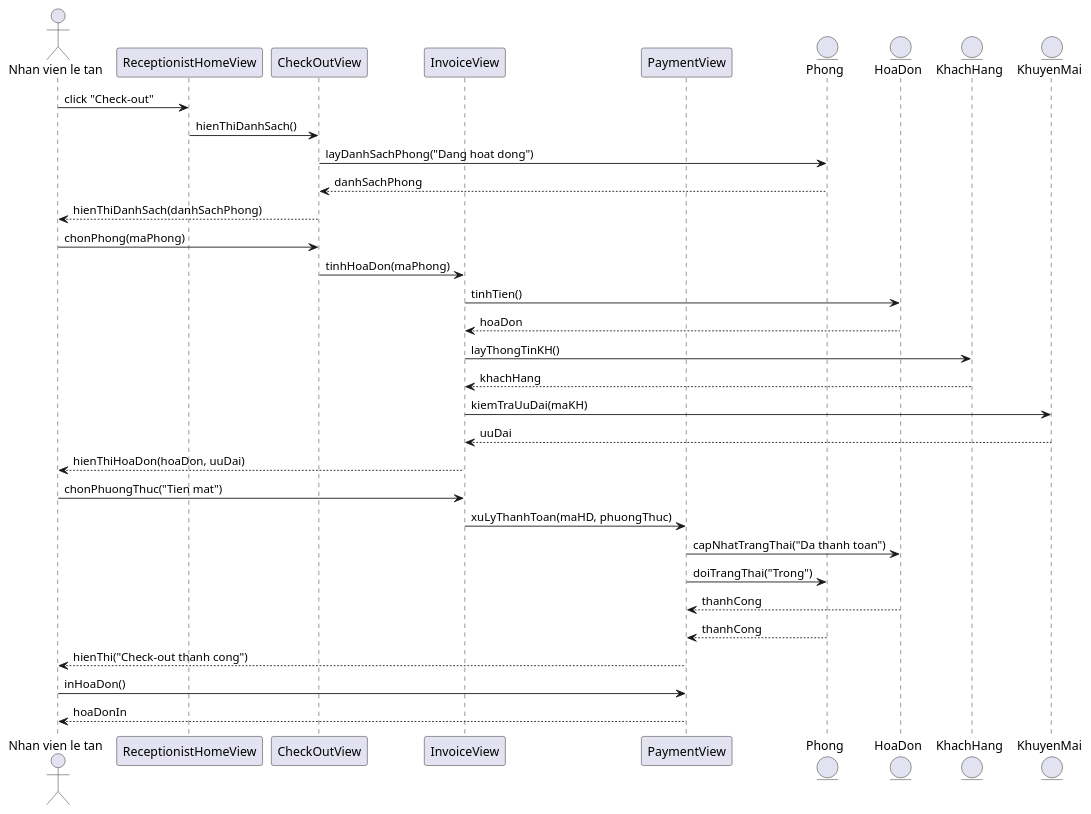
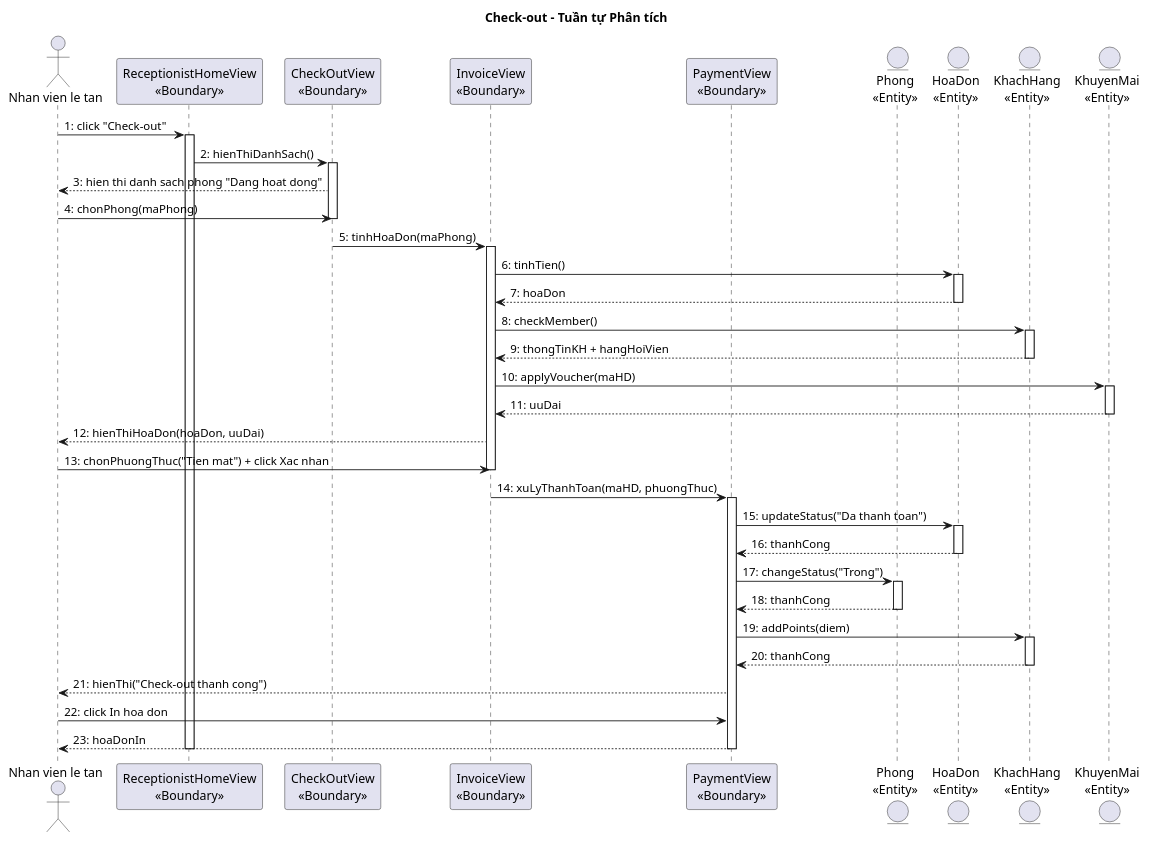
Before and after one commit to thanhtrnnn/cnpm: the eighth of 8 diagrams in docs/tabs/section-booking-ii.3-2.4.md, drawn with PlantUML. The commit also changed other lines of this file and 15 other files, not shown here.

First line of the commit message:
feat: add Phase II analysis BCE + sequence diagrams with narrative text

````diff
--- a/docs/tabs/section-booking-ii.3-2.4.md
+++ b/docs/tabs/section-booking-ii.3-2.4.md
@@ -403,37 +506,59 @@
 ```plantuml
 @startuml
+title Check-out – Tuần tự Phân tích
+
 actor "Nhan vien le tan" as NV
-participant "ReceptionistHomeView" as Home
-participant "CheckOutView" as CheckOut
-participant "InvoiceView" as Invoice
-participant "PaymentView" as Payment
-entity "Phong" as Phong
-entity "HoaDon" as HD
-entity "KhachHang" as KH
-entity "KhuyenMai" as KM
+participant "ReceptionistHomeView\n<<Boundary>>" as Home
+participant "CheckOutView\n<<Boundary>>" as CheckOut
+participant "InvoiceView\n<<Boundary>>" as Invoice
+participant "PaymentView\n<<Boundary>>" as Payment
+entity "Phong\n<<Entity>>" as Phong
+entity "HoaDon\n<<Entity>>" as HD
+entity "KhachHang\n<<Entity>>" as KH
+entity "KhuyenMai\n<<Entity>>" as KM
 
-NV -> Home: click "Check-out"
-Home -> CheckOut: hienThiDanhSach()
-CheckOut -> Phong: layDanhSachPhong("Dang hoat dong")
-Phong --> CheckOut: danhSachPhong
-CheckOut --> NV: hienThiDanhSach(danhSachPhong)
-NV -> CheckOut: chonPhong(maPhong)
-CheckOut -> Invoice: tinhHoaDon(maPhong)
-Invoice -> HD: tinhTien()
-HD --> Invoice: hoaDon
-Invoice -> KH: layThongTinKH()
-KH --> Invoice: khachHang
-Invoice -> KM: kiemTraUuDai(maKH)
-KM --> Invoice: uuDai
-Invoice --> NV: hienThiHoaDon(hoaDon, uuDai)
-NV -> Invoice: chonPhuongThuc("Tien mat")
-Invoice -> Payment: xuLyThanhToan(maHD, phuongThuc)
-Payment -> HD: capNhatTrangThai("Da thanh toan")
-Payment -> Phong: doiTrangThai("Trong")
-HD --> Payment: thanhCong
-Phong --> Payment: thanhCong
-Payment --> NV: hienThi("Check-out thanh cong")
-NV -> Payment: inHoaDon()
-Payment --> NV: hoaDonIn
+NV -> Home : 1: click "Check-out"
+activate Home
+Home -> CheckOut : 2: hienThiDanhSach()
+activate CheckOut
+CheckOut --> NV : 3: hien thi danh sach phong "Dang hoat dong"
+NV -> CheckOut : 4: chonPhong(maPhong)
+deactivate CheckOut
+CheckOut -> Invoice : 5: tinhHoaDon(maPhong)
+activate Invoice
+Invoice -> HD : 6: tinhTien()
+activate HD
+HD --> Invoice : 7: hoaDon
+deactivate HD
+Invoice -> KH : 8: checkMember()
+activate KH
+KH --> Invoice : 9: thongTinKH + hangHoiVien
+deactivate KH
+Invoice -> KM : 10: applyVoucher(maHD)
+activate KM
+KM --> Invoice : 11: uuDai
+deactivate KM
+Invoice --> NV : 12: hienThiHoaDon(hoaDon, uuDai)
+NV -> Invoice : 13: chonPhuongThuc("Tien mat") + click Xac nhan
+deactivate Invoice
+Invoice -> Payment : 14: xuLyThanhToan(maHD, phuongThuc)
+activate Payment
+Payment -> HD : 15: updateStatus("Da thanh toan")
+activate HD
+HD --> Payment : 16: thanhCong
+deactivate HD
+Payment -> Phong : 17: changeStatus("Trong")
+activate Phong
+Phong --> Payment : 18: thanhCong
+deactivate Phong
+Payment -> KH : 19: addPoints(diem)
+activate KH
+KH --> Payment : 20: thanhCong
+deactivate KH
+Payment --> NV : 21: hienThi("Check-out thanh cong")
+NV -> Payment : 22: click In hoa don
+Payment --> NV : 23: hoaDonIn
+deactivate Payment
+deactivate Home
 @enduml
 ```
````
